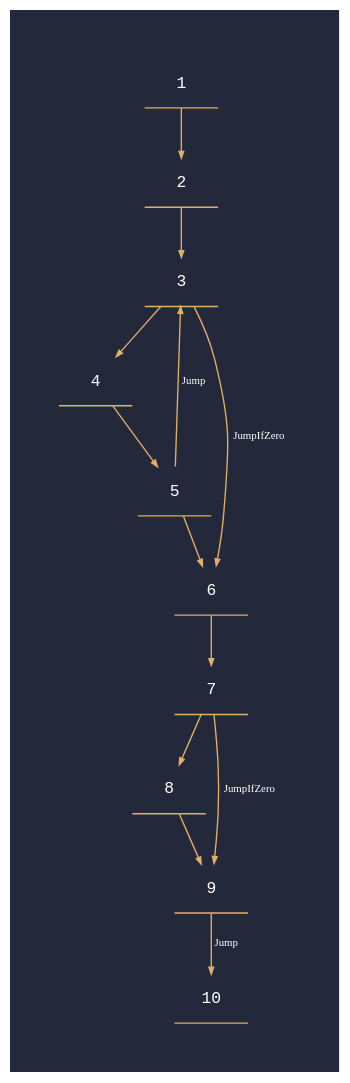
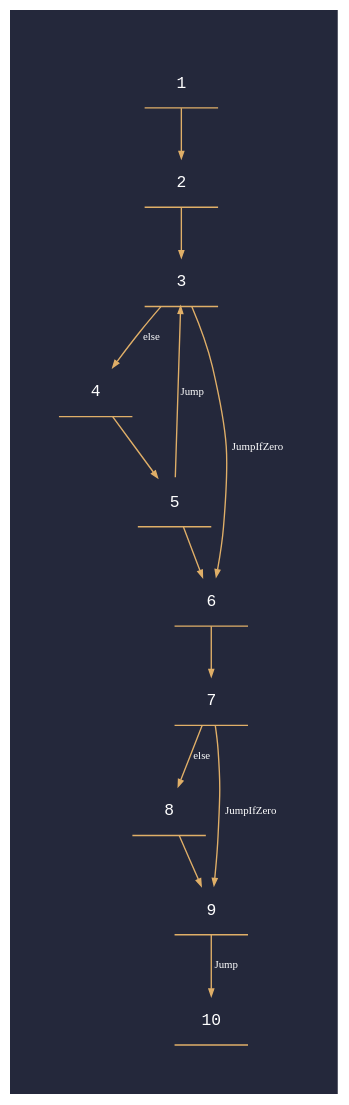
The diagram in programs/dot-files/arith.cfg.dot (jorgeypcb/ImpCodeGenerator), drawn with Graphviz before and after one commit. The commit also changed 6 other files, not shown here.

```diff
--- a/programs/dot-files/arith.cfg.dot
+++ b/programs/dot-files/arith.cfg.dot
@@ -1,26 +1,26 @@
 digraph "arith.cfg" {
 	graph [bgcolor="#24283B" pad=0.5]
 	node [color="#E0AF68" fontcolor="#ffffff" fontname="Hack, monospace" fontsize=12 shape=underline]
 	edge [arrowsize=0.5 color="#E0AF68" fontcolor="#ffffff" fontsize=8]
 	1
 	2
 	3
 	4
 	5
 	6
 	7
 	8
 	9
 	1 -> 2 [label=""]
 	2 -> 3 [label=""]
-	3 -> 4 [label=""]
+	3 -> 4 [label=else]
 	3 -> 6 [label=JumpIfZero]
 	4 -> 5 [label=""]
 	5 -> 3 [label=Jump]
 	5 -> 6 [label=""]
 	6 -> 7 [label=""]
-	7 -> 8 [label=""]
+	7 -> 8 [label=else]
 	7 -> 9 [label=JumpIfZero]
 	8 -> 9 [label=""]
 	9 -> 10 [label=Jump]
 }
```
